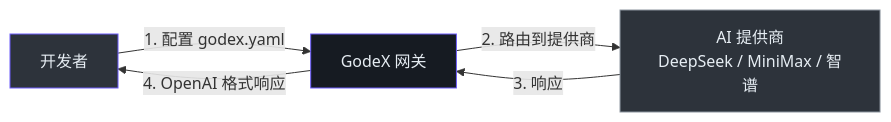
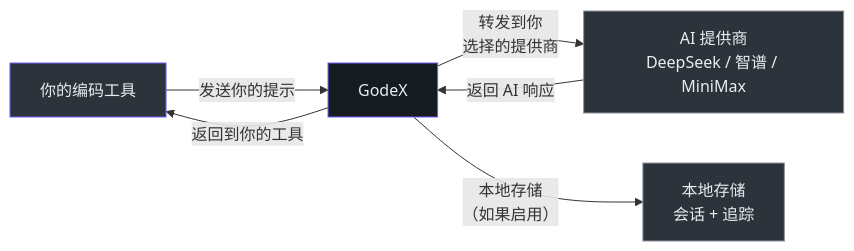
The fifth of 5 diagrams in wiki/zh/onboarding/product-manager-guide.md (Ahoo-Wang/GodeX), drawn with Mermaid before and after one commit. The commit also changed other lines of this file and 8 other files, not shown here.

````diff
--- a/wiki/zh/onboarding/product-manager-guide.md
+++ b/wiki/zh/onboarding/product-manager-guide.md
@@ -18,11 +295,14 @@
 ```mermaid
 graph LR
-  DEV["开发者"] -->|"1. 配置 godex.yaml"| GODEX["GodeX 网关"]
-  GODEX -->|"2. 路由到提供商"| PROVIDER["AI 提供商<br>DeepSeek / MiniMax / 智谱"]
-  PROVIDER -->|"3. 响应"| GODEX
-  GODEX -->|"4. OpenAI 格式响应"| DEV
+  TOOL["你的编码工具"] -->|发送你的提示| GODEX["GodeX"]
+  GODEX -->|转发到你<br>选择的提供商| PROVIDER["AI 提供商<br>DeepSeek / 智谱 / MiniMax"]
+  PROVIDER -->|返回 AI 响应| GODEX
+  GODEX -->|返回到你的工具| TOOL
 
-  style DEV fill:#2d333b,stroke:#6d5dfc,color:#e6edf3
+  GODEX -->|本地存储<br>（如果启用）| LOCAL["本地存储<br>会话 + 追踪"]
+
+  style TOOL fill:#2d333b,stroke:#6d5dfc,color:#e6edf3
   style GODEX fill:#161b22,stroke:#6d5dfc,color:#e6edf3
   style PROVIDER fill:#2d333b,stroke:#8b949e,color:#e6edf3
+  style LOCAL fill:#2d333b,stroke:#8b949e,color:#e6edf3
 ```
````
